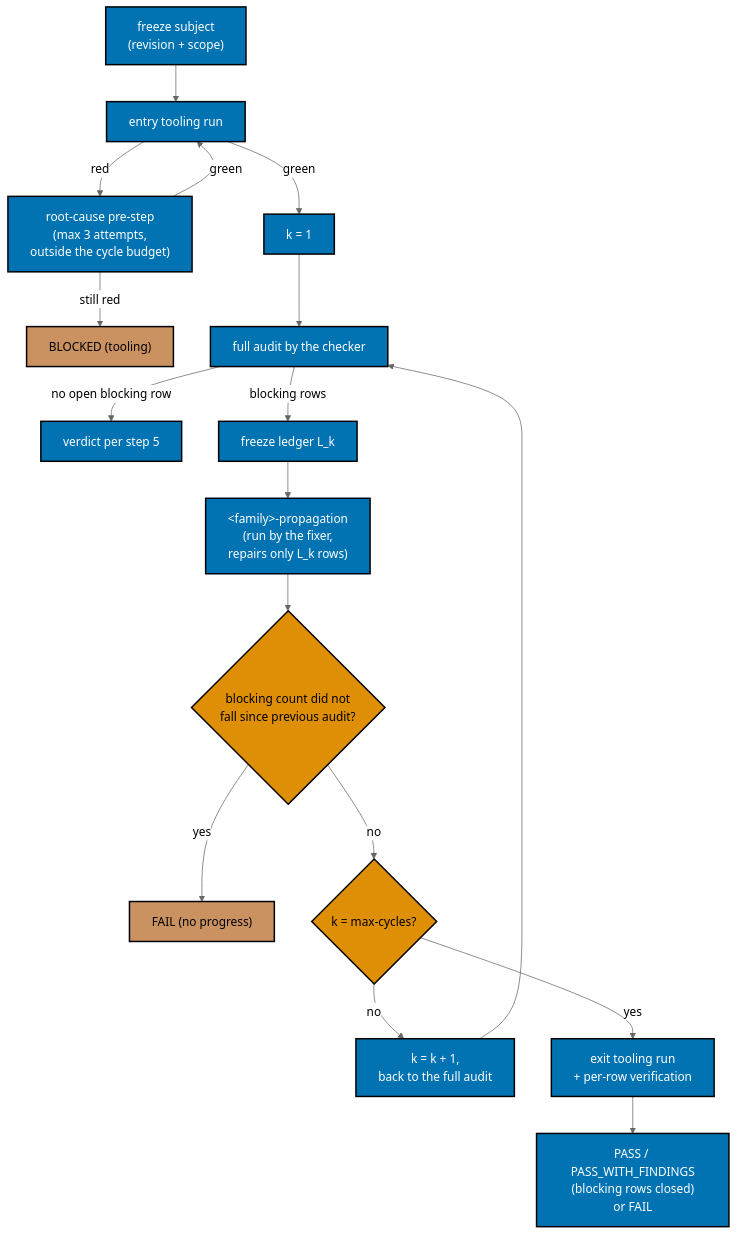
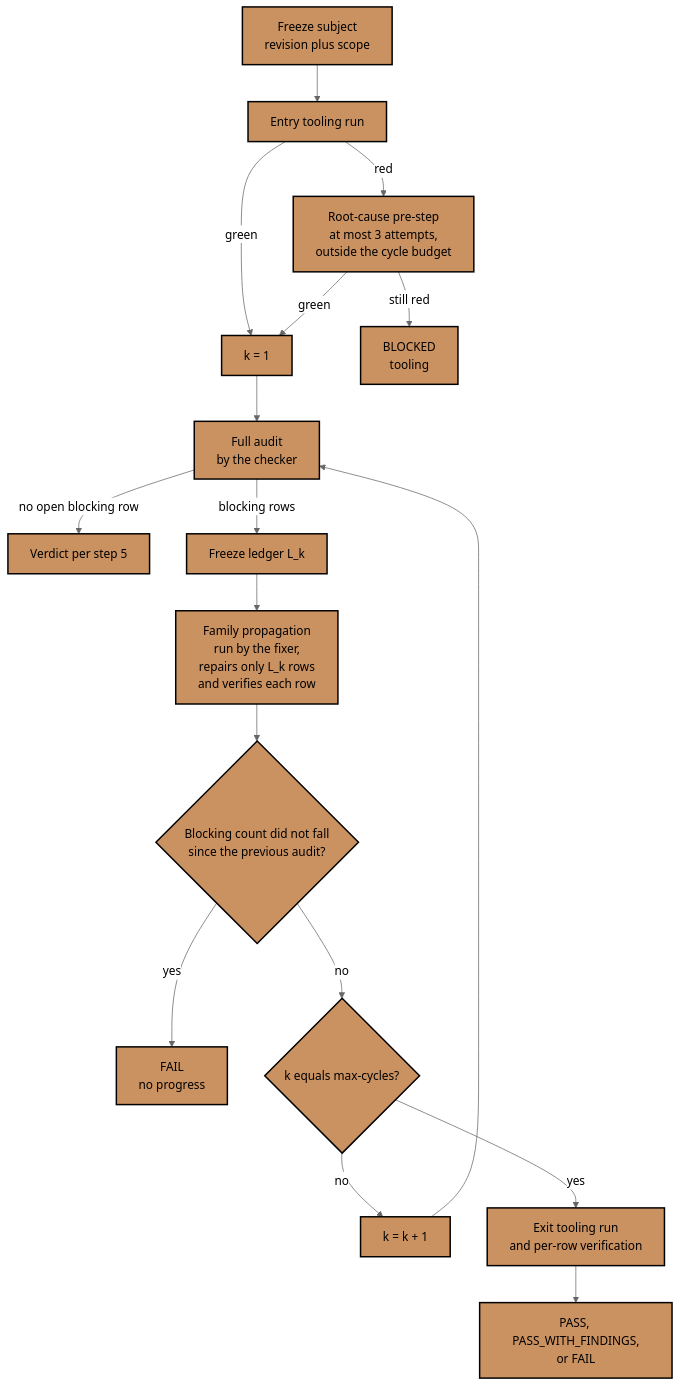
One commit to wahidyankf/py-typekit changed the diagram in repo-governance/development/workflow/quality-gate-contract/002-sequence-and-termination.md. Above: the diagram before and after it, drawn with Mermaid (neutral theme). The commit also changed 533 other files, not shown here.

````diff
--- a/repo-governance/development/workflow/quality-gate-contract/002-sequence-and-termination.md
+++ b/repo-governance/development/workflow/quality-gate-contract/002-sequence-and-termination.md
@@ -16,26 +16,25 @@
 ```mermaid
 flowchart TD
     accTitle: Quality gate sequence
-    accDescr: Bounded audit-repair cycles to one verdict.
-    Freeze["freeze subject<br/>(revision + scope)"]:::process --> Entry["entry tooling run"]:::process
-    Entry -- "red" --> PreStep["root-cause pre-step<br/>(max 3 attempts,<br/>outside the cycle budget)"]:::process
-    Entry -- "green" --> K1["k = 1"]:::process
-    PreStep -- "green" --> Entry
-    PreStep -- "still red" --> BlockedTool["BLOCKED (tooling)"]:::terminal
-    K1 --> Audit["full audit by the checker"]:::process
-    Audit -- "no open blocking row" --> Verdict["verdict per step 5"]:::process
-    Audit -- "blocking rows" --> Ledger["freeze ledger L_k"]:::process
-    Ledger --> Prop["&lt;family&gt;-propagation<br/>(run by the fixer,<br/>repairs only L_k rows)"]:::process
-    Prop --> Progress{"blocking count did not<br/>fall since previous audit?"}:::decision
-    Progress -- "yes" --> FailNoProg["FAIL (no progress)"]:::terminal
-    Progress -- "no" --> Ceiling{"k = max-cycles?"}:::decision
-    Ceiling -- "no" --> Increment["k = k + 1,<br/>back to the full audit"]:::process
-    Increment --> Audit
-    Ceiling -- "yes" --> Exit["exit tooling run<br/>+ per-row verification"]:::process
-    Exit --> Outcome["PASS / PASS_WITH_FINDINGS<br/>(blocking rows closed)<br/>or FAIL"]:::process
-
-    classDef process fill:#0173B2,stroke:#000000,color:#FFFFFF,stroke-width:2px
-    classDef decision fill:#DE8F05,stroke:#000000,color:#000000,stroke-width:2px
-    classDef terminal fill:#CA9161,stroke:#000000,color:#000000,stroke-width:2px
-    classDef default fill:#FFFFFF,stroke:#000000,color:#000000
+    accDescr {
+      An entry check, a root-cause pre-step when it is red, a bounded audit and repair loop, an exit check, and one
+      verdict.
+    }
+    classDef default fill:#CA9161,stroke:#000000,color:#000000,stroke-width:2px
+    Freeze["Freeze subject<br/>revision plus scope"] --> Entry["Entry tooling run"]
+    Entry -- red --> Root["Root-cause pre-step<br/>at most 3 attempts,<br/>outside the cycle budget"]
+    Entry -- green --> K1["k = 1"]
+    Root -- green --> K1
+    Root -- still red --> Blocked["BLOCKED<br/>tooling"]
+    K1 --> Audit["Full audit<br/>by the checker"]
+    Audit -- no open blocking row --> Early["Verdict per step 5"]
+    Audit -- blocking rows --> Ledger["Freeze ledger L_k"]
+    Ledger --> Prop["Family propagation<br/>run by the fixer,<br/>repairs only L_k rows<br/>and verifies each row"]
+    Prop --> Progress{"Blocking count did not fall<br/>since the previous audit?"}
+    Progress -- yes --> NoProgress["FAIL<br/>no progress"]
+    Progress -- no --> Ceiling{"k equals max-cycles?"}
+    Ceiling -- no --> Next["k = k + 1"]
+    Next --> Audit
+    Ceiling -- yes --> Exit["Exit tooling run<br/>and per-row verification"]
+    Exit --> Final["PASS, PASS_WITH_FINDINGS,<br/>or FAIL"]
 ```
````
